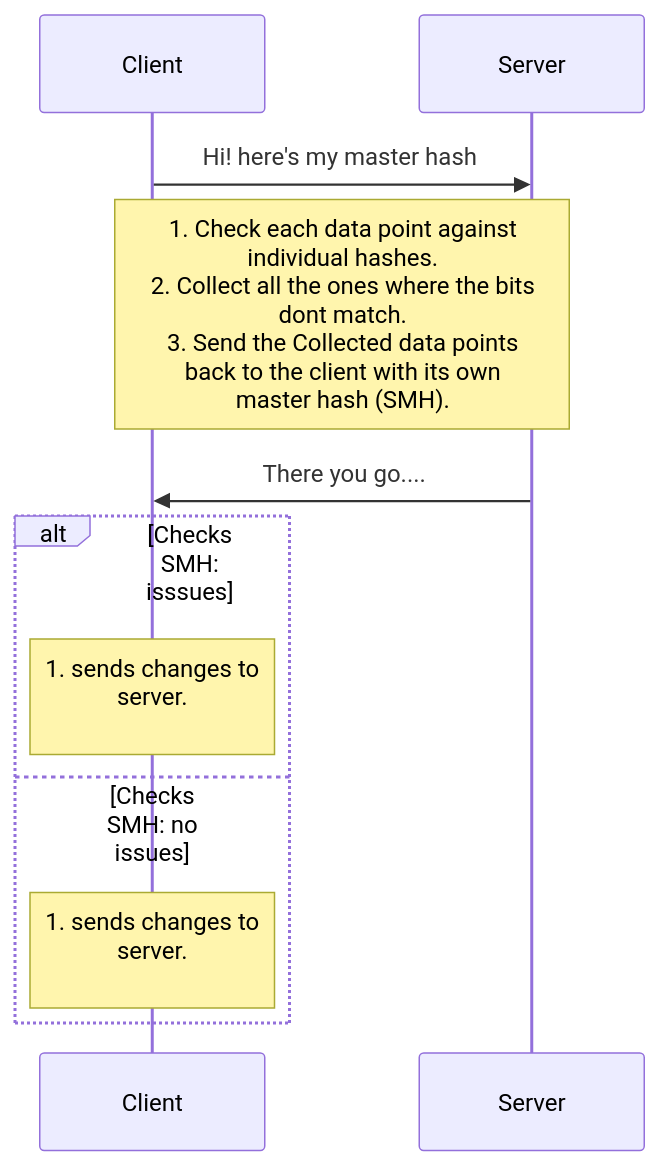
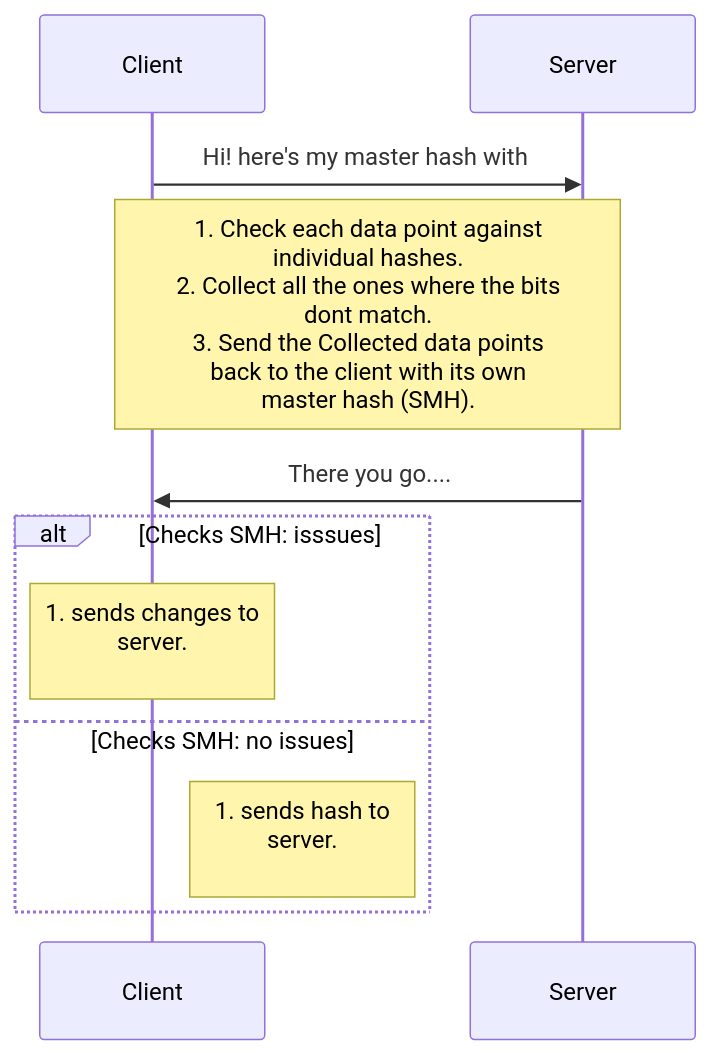
The first of 2 diagrams in drafts/2019-02-05-bloom-filter.md (trshant-sugoi/stackedit), drawn with Mermaid before and after one commit. The commit also changed other lines of this file, not shown here.

````diff
--- a/drafts/2019-02-05-bloom-filter.md
+++ b/drafts/2019-02-05-bloom-filter.md
@@ -10,16 +10,16 @@
 ```mermaid
 sequenceDiagram
-Client ->> Server: Hi! here's my master hash
+Client ->> Server: Hi! here's my master hash with 
 
 Note over Server,Client: 1. Check each data point against <br/>individual hashes.<br/>2. Collect all the ones where the bits<br/> dont match.<br/>3. Send the Collected data points <br/>back to the client with its own<br/> master hash (SMH).
 
 Server ->> Client: There you go....
 
 alt Checks SMH: isssues
         Note over Client:1. sends changes to<br/> server.<br/>  
 else Checks SMH: no issues
-        Note over Client:1. sends changes to<br/> server.<br/>
+        Note right of Client:1. sends hash to<br/> server.<br/>
 end
 
 
 ```
````
